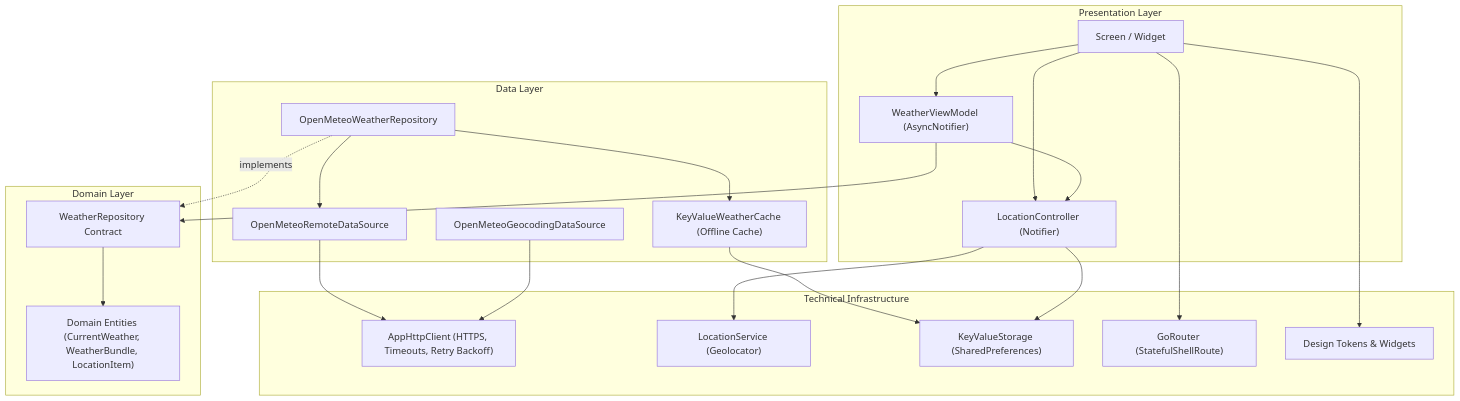
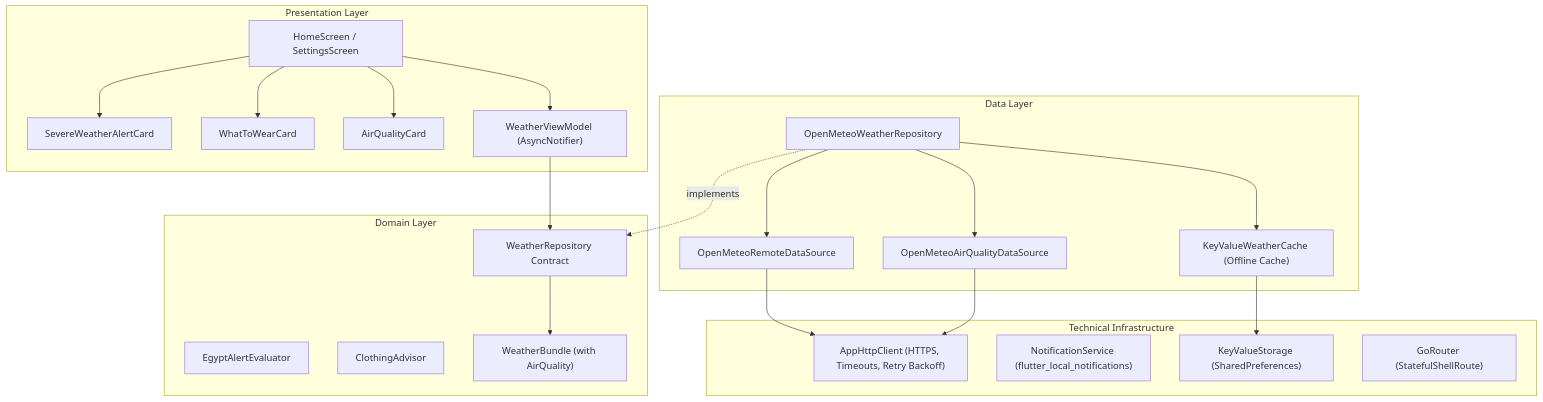
The diagram in README.md (AhmedELmansy1/taqs), drawn with Mermaid before and after one commit. The commit also changed other lines of this file and 12 other files, not shown here.

Commit message:
feat(ui): integrate phase 3 alerts, smart advisor, aqi, and settings toggles

````diff
--- a/README.md
+++ b/README.md
@@ -41,44 +42,45 @@
 ```mermaid
 graph TD
     subgraph UI ["Presentation Layer"]
-        Screen["Screen / Widget"]
+        Screen["HomeScreen / SettingsScreen"]
+        AlertCard["SevereWeatherAlertCard"]
+        WearCard["WhatToWearCard"]
+        AqiCard["AirQualityCard"]
         VM["WeatherViewModel (AsyncNotifier)"]
-        LocCtrl["LocationController (Notifier)"]
     end
 
     subgraph Domain ["Domain Layer"]
+        AlertEval["EgyptAlertEvaluator"]
+        WearAdv["ClothingAdvisor"]
+        WeatherBundle["WeatherBundle (with AirQuality)"]
         Contract["WeatherRepository Contract"]
-        Entity["Domain Entities (CurrentWeather, WeatherBundle, LocationItem)"]
     end
 
     subgraph Data ["Data Layer"]
         RepoImpl["OpenMeteoWeatherRepository"]
         Cache["KeyValueWeatherCache (Offline Cache)"]
         RemoteSource["OpenMeteoRemoteDataSource"]
-        GeoSource["OpenMeteoGeocodingDataSource"]
+        AqiSource["OpenMeteoAirQualityDataSource"]
     end
 
     subgraph Core ["Technical Infrastructure"]
         HttpClient["AppHttpClient (HTTPS, Timeouts, Retry Backoff)"]
-        LocationSvc["LocationService (Geolocator)"]
+        NotifSvc["NotificationService (flutter_local_notifications)"]
         Storage["KeyValueStorage (SharedPreferences)"]
         Router["GoRouter (StatefulShellRoute)"]
-        Design["Design Tokens & Widgets"]
     end
 
+    Screen --> AlertCard
+    Screen --> WearCard
+    Screen --> AqiCard
     Screen --> VM
-    Screen --> LocCtrl
     VM --> Contract
-    VM --> LocCtrl
-    Contract --> Entity
+    Contract --> WeatherBundle
     RepoImpl -. implements .-> Contract
     RepoImpl --> RemoteSource
+    RepoImpl --> AqiSource
     RepoImpl --> Cache
     RemoteSource --> HttpClient
-    GeoSource --> HttpClient
+    AqiSource --> HttpClient
     Cache --> Storage
-    LocCtrl --> LocationSvc
-    LocCtrl --> Storage
-    Screen --> Router
-    Screen --> Design
 ```
````
